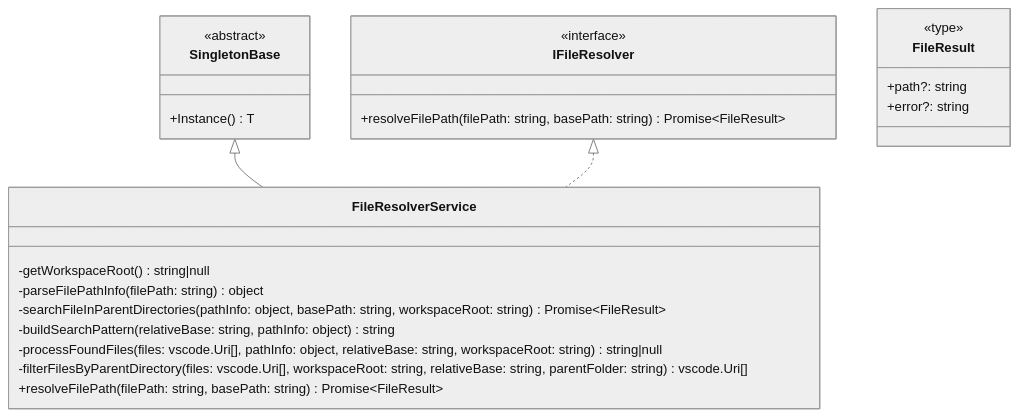
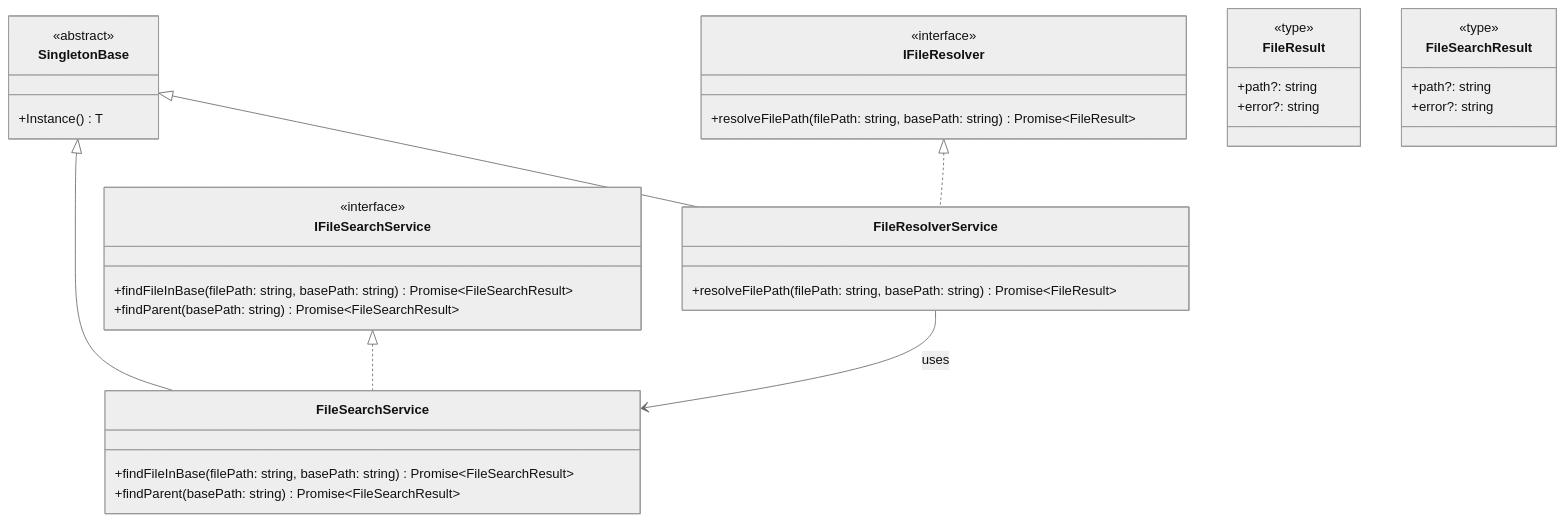
One commit to gongnyaa/inlined-copy changed the first of 2 diagrams in src/services/FileResolverService.md. Above: the diagram before and after it, drawn with Mermaid (neutral theme). The commit also changed other lines of this file and 12 other files, not shown here.

````diff
--- a/src/services/FileResolverService.md
+++ b/src/services/FileResolverService.md
@@ -3,32 +3,46 @@
 ```mermaid
 %% FileResolverService クラス図
 classDiagram
     class IFileResolver {
         <<interface>>
         +resolveFilePath(filePath: string, basePath: string) Promise~FileResult~
     }
     
     class FileResolverService {
-        -getWorkspaceRoot() string|null
-        -parseFilePathInfo(filePath: string) object
-        -searchFileInParentDirectories(pathInfo: object, basePath: string, workspaceRoot: string) Promise~FileResult~
-        -buildSearchPattern(relativeBase: string, pathInfo: object) string
-        -processFoundFiles(files: vscode.Uri[], pathInfo: object, relativeBase: string, workspaceRoot: string) string|null
-        -filterFilesByParentDirectory(files: vscode.Uri[], workspaceRoot: string, relativeBase: string, parentFolder: string) vscode.Uri[]
         +resolveFilePath(filePath: string, basePath: string) Promise~FileResult~
     }
     
     class SingletonBase {
         <<abstract>>
         +Instance() T
     }
     
     class FileResult {
         <<type>>
         +path?: string
         +error?: string
     }
     
+    class IFileSearchService {
+        <<interface>>
+        +findFileInBase(filePath: string, basePath: string) Promise~FileSearchResult~
+        +findParent(basePath: string) Promise~FileSearchResult~
+    }
+    
+    class FileSearchService {
+        +findFileInBase(filePath: string, basePath: string) Promise~FileSearchResult~
+        +findParent(basePath: string) Promise~FileSearchResult~
+    }
+    
+    class FileSearchResult {
+        <<type>>
+        +path?: string
+        +error?: string
+    }
+    
     SingletonBase <|-- FileResolverService
     IFileResolver <|.. FileResolverService
+    SingletonBase <|-- FileSearchService
+    IFileSearchService <|.. FileSearchService
+    FileResolverService --> FileSearchService : uses
 ```
````
